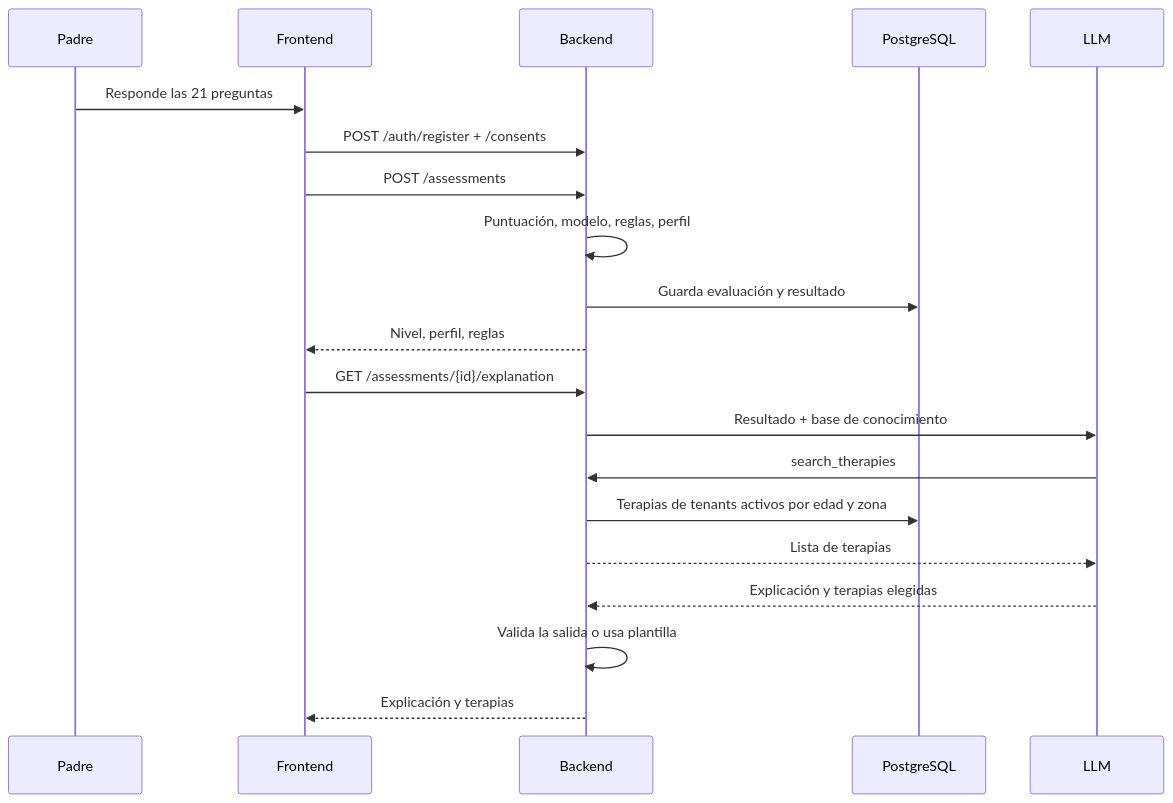
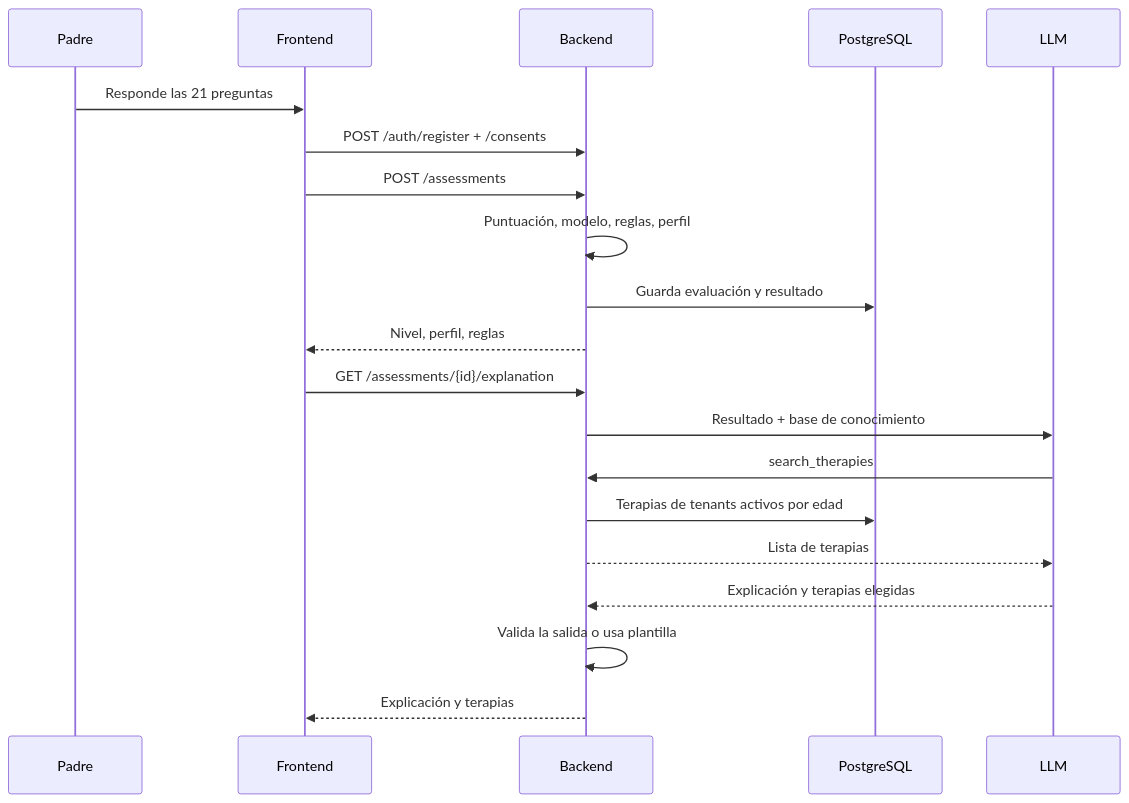
The third of 7 diagrams in docs/arquitectura_conecta.md (ErnestoSCL/neuroa-modelo-tamizaje), drawn with Mermaid before and after one commit. The commit also changed other lines of this file and 11 other files, not shown here.

````diff
--- a/docs/arquitectura_conecta.md
+++ b/docs/arquitectura_conecta.md
@@ -361,22 +361,22 @@
 ```mermaid
 sequenceDiagram
     participant Pa as Padre
     participant W as Frontend
     participant A as Backend
     participant DB as PostgreSQL
     participant L as LLM
     Pa->>W: Responde las 21 preguntas
     W->>A: POST /auth/register + /consents
     W->>A: POST /assessments
     A->>A: Puntuación, modelo, reglas, perfil
     A->>DB: Guarda evaluación y resultado
     A-->>W: Nivel, perfil, reglas
     W->>A: GET /assessments/{id}/explanation
     A->>L: Resultado + base de conocimiento
     L->>A: search_therapies
-    A->>DB: Terapias de tenants activos por edad y zona
+    A->>DB: Terapias de tenants activos por edad
     A-->>L: Lista de terapias
     L-->>A: Explicación y terapias elegidas
     A->>A: Valida la salida o usa plantilla
     A-->>W: Explicación y terapias
 ```
````
